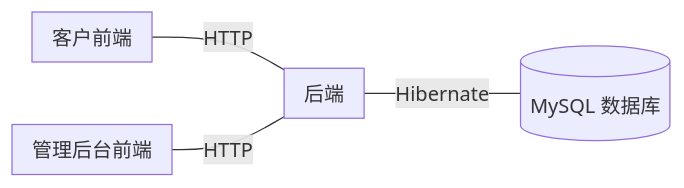
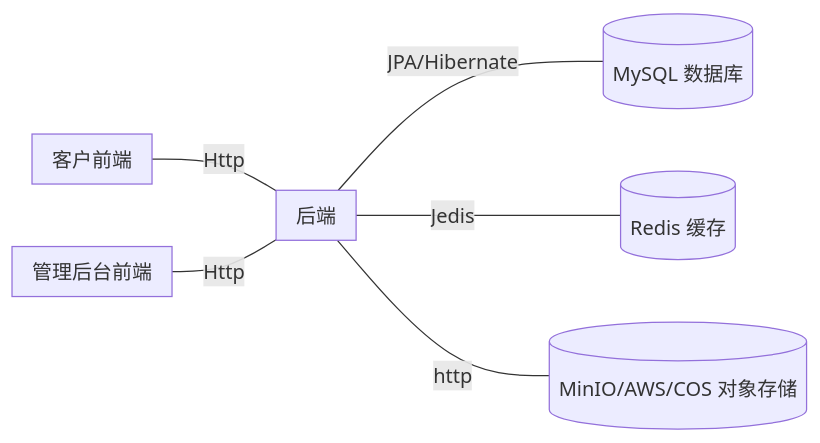
Before and after one commit to gaogao-qwq/simple_mall: the first of 3 diagrams in README.md, drawn with Mermaid. The commit also changed other lines of this file, not shown here.

````diff
--- a/README.md
+++ b/README.md
@@ -9,15 +9,19 @@
 ```mermaid
 flowchart LR
     %% 定义节点
     subgraph customer_frontend[客户前端]
     end
     subgraph admin_frontend[管理后台前端]
     end
     subgraph backend[后端]
     end
     db[(MySQL 数据库)]
+    redis[(Redis 缓存)]
+    oos[(MinIO/AWS/COS 对象存储)]
     %% 连接节点
-    customer_frontend -- HTTP --- backend
-    admin_frontend -- HTTP --- backend
-    backend -- Hibernate --- db
+    customer_frontend -- Http --- backend
+    admin_frontend -- Http --- backend
+    backend -- JPA/Hibernate --- db
+    backend -- Jedis --- redis
+    backend -- http --- oos
 ```
````
